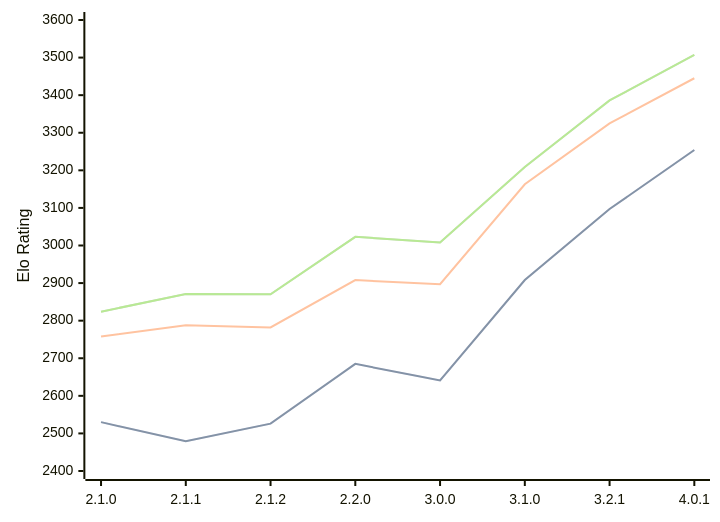
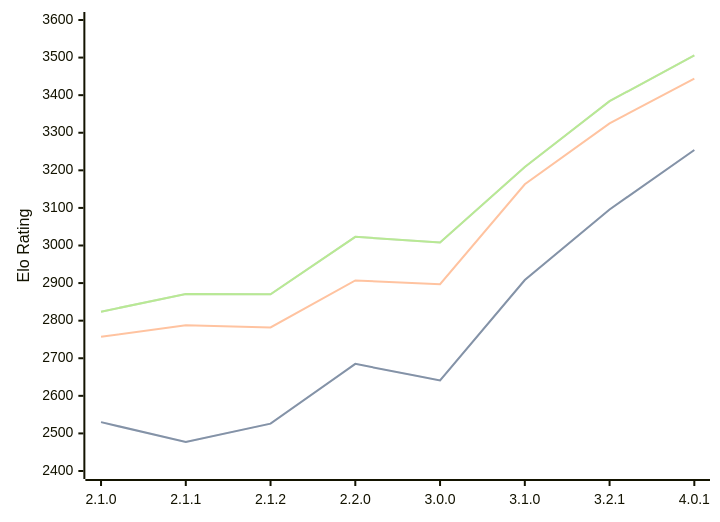
One commit to computer-chess-index/cci changed the diagram in engines/Prune.md. Above: the diagram before and after it, drawn with Mermaid. The commit also changed other lines of this file, not shown here.

Commit message:
Update CCI Ratings (ELO VLTC) - 2026-09-03

````diff
--- a/engines/Prune.md
+++ b/engines/Prune.md
@@ -40,11 +40,11 @@
 ```mermaid
 %%{init: {"theme":"base","themeVariables":{"seriesColors:['#a3a3a3','#222221','#faa371']}}}%%
 xychart-beta
   x-axis ["2.1.0", "2.1.1", "2.1.2", "2.2.0", "3.0.0", "3.1.0", "3.2.1", "4.0.1"]
   y-axis "Elo Rating" 2400 --> 3600
-  line "" [2530, 2479, 2526, 2685, 2641, 2908, 3097, 3254]
-  line "STC (8.0+0.08s)" [2530, 2479, 2526, 2685, 2641, 2908, 3097, 3254]
-  line "LTC (60.0+0.60s)" [2758, 2788, 2782, 2908, 2897, 3163, 3325, 3445]
-  line "" [2824, 2871, 2870, 3023, 3008, 3209, 3386, 3507]
-  line "VLTC (2m24s+1.12s)" [2824, 2871, 2870, 3023, 3008, 3209, 3386, 3507]
+  line "" [2530, 2477, 2526, 2685, 2641, 2908, 3096, 3254]
+  line "STC (8.0+0.08s)" [2530, 2477, 2526, 2685, 2641, 2908, 3096, 3254]
+  line "LTC (60.0+0.60s)" [2757, 2788, 2782, 2907, 2897, 3163, 3325, 3444]
+  line "" [2824, 2871, 2870, 3023, 3008, 3209, 3384, 3506]
+  line "VLTC (2m24s+1.12s)" [2824, 2871, 2870, 3023, 3008, 3209, 3384, 3506]
 ```
````
